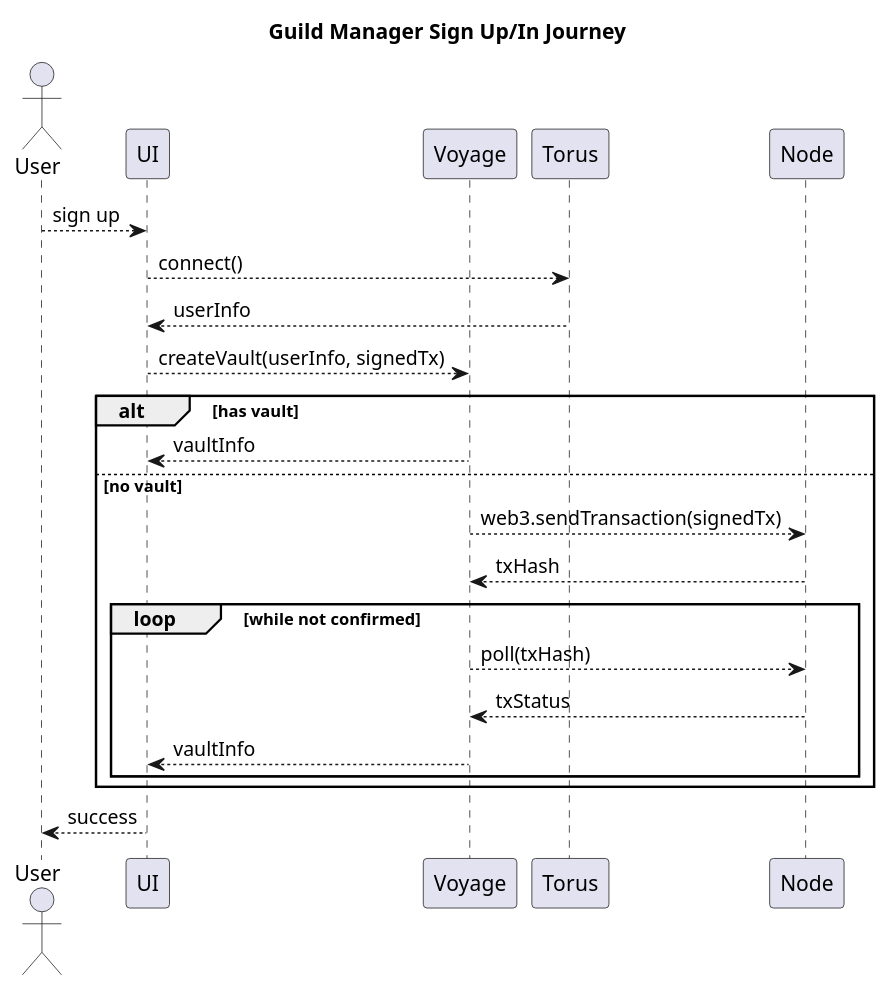
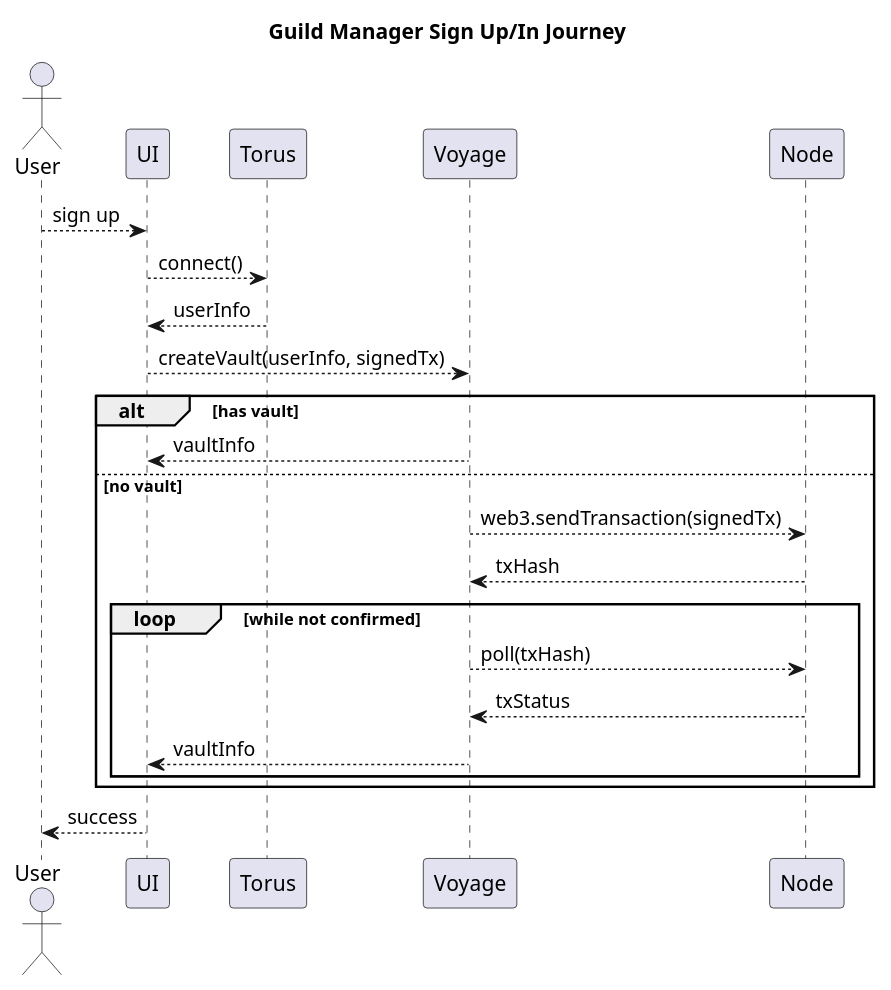
One commit to voyage-finance/voyage-contracts changed the diagram in doc/create_vault.puml. Above: the diagram before and after it, drawn with PlantUML. The commit also changed other lines of this file and 2 other files, not shown here.

```diff
--- a/doc/create_vault.puml
+++ b/doc/create_vault.puml
@@ -1,27 +1,27 @@
 @startuml
 actor User
 participant UI
+participant Torus as Tor
 participant Voyage as Voy
-participant Torus as Tor
 participant Node as Avax
 
 title Guild Manager Sign Up/In Journey
 
 User --> UI : sign up 
 UI --> Tor : connect()
 Tor --> UI : userInfo
 UI --> Voy : createVault(userInfo, signedTx)
 alt has vault
 	Voy --> UI : vaultInfo
 else no vault
 	Voy --> Avax : web3.sendTransaction(signedTx)
 	Avax --> Voy : txHash
 	loop while not confirmed
 		Voy --> Avax : poll(txHash)
 		Avax --> Voy : txStatus
 		Voy --> UI : vaultInfo
 	end
 end
 UI --> User : success
 
 @enduml
```
